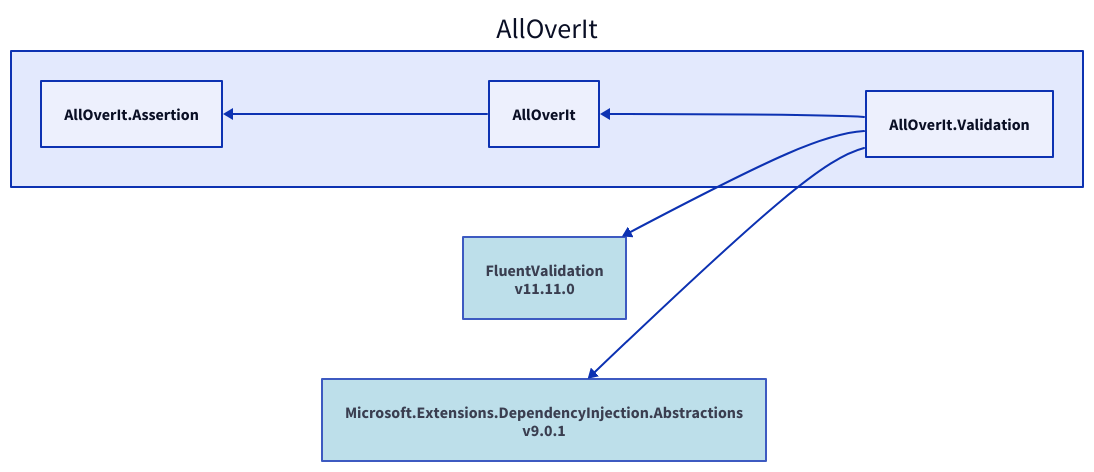
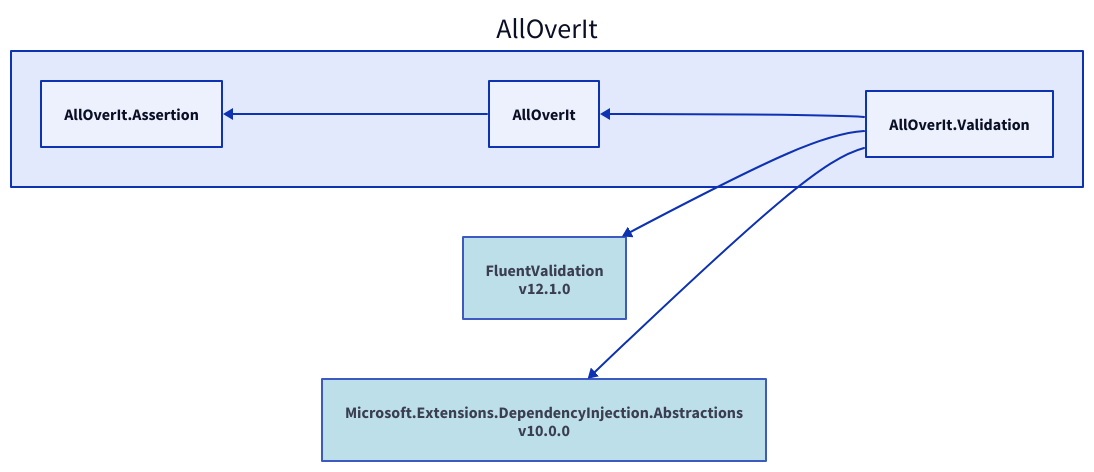
Before and after one commit to mjfreelancing/AllOverIt: the diagram in Docs/Reference/Content/images/dependencies/net9.0/alloverit-validation.d2, drawn with D2. The commit also changed 163 other files, not shown here.

```diff
--- a/Docs/Reference/Content/images/dependencies/net9.0/alloverit-validation.d2
+++ b/Docs/Reference/Content/images/dependencies/net9.0/alloverit-validation.d2
@@ -1,16 +1,16 @@
 direction: left
 
 aoi: AllOverIt
 aoi.alloverit-validation: AllOverIt.Validation
-fluentvalidation_11-11-0: FluentValidation\nv11.11.0
-fluentvalidation_11-11-0.style.fill: "#ADD8E6"
-fluentvalidation_11-11-0.style.opacity: 0.8
-fluentvalidation_11-11-0 <- aoi.alloverit-validation
-microsoft-extensions-dependencyinjection-abstractions_9-0-1: Microsoft.Extensions.DependencyInjection.Abstractions\nv9.0.1
-microsoft-extensions-dependencyinjection-abstractions_9-0-1.style.fill: "#ADD8E6"
-microsoft-extensions-dependencyinjection-abstractions_9-0-1.style.opacity: 0.8
-microsoft-extensions-dependencyinjection-abstractions_9-0-1 <- aoi.alloverit-validation
+fluentvalidation_12-1-0: FluentValidation\nv12.1.0
+fluentvalidation_12-1-0.style.fill: "#ADD8E6"
+fluentvalidation_12-1-0.style.opacity: 0.8
+fluentvalidation_12-1-0 <- aoi.alloverit-validation
+microsoft-extensions-dependencyinjection-abstractions_10-0-0: Microsoft.Extensions.DependencyInjection.Abstractions\nv10.0.0
+microsoft-extensions-dependencyinjection-abstractions_10-0-0.style.fill: "#ADD8E6"
+microsoft-extensions-dependencyinjection-abstractions_10-0-0.style.opacity: 0.8
+microsoft-extensions-dependencyinjection-abstractions_10-0-0 <- aoi.alloverit-validation
 aoi.alloverit: AllOverIt
 aoi.alloverit-assertion: AllOverIt.Assertion
 aoi.alloverit-assertion <- aoi.alloverit
 aoi.alloverit <- aoi.alloverit-validation
```
